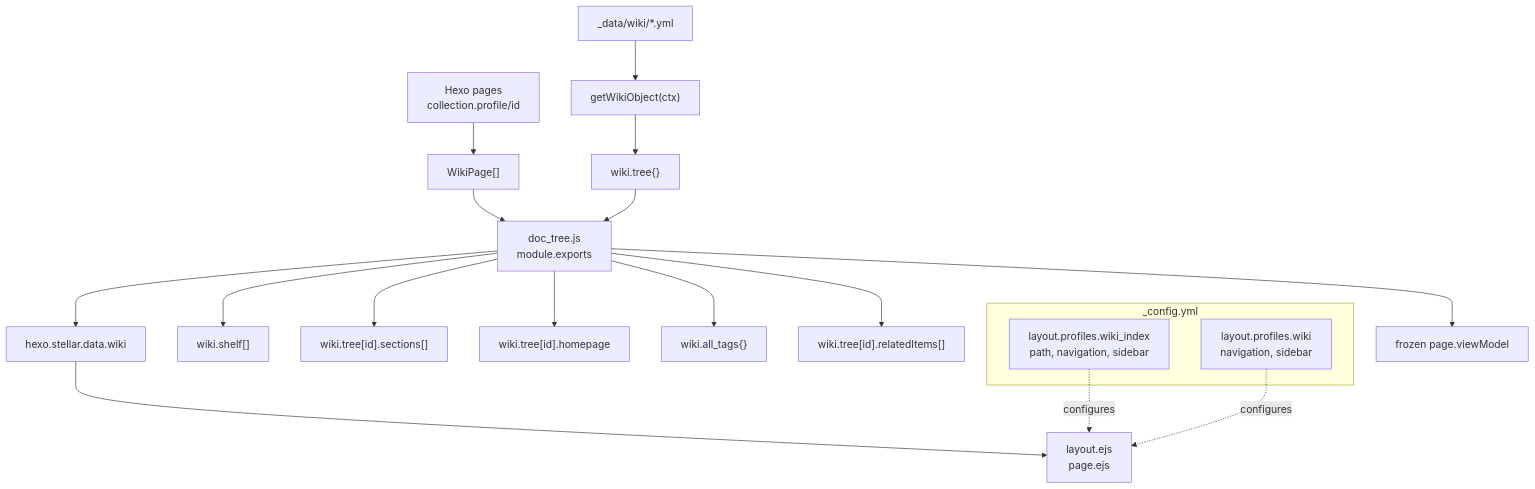
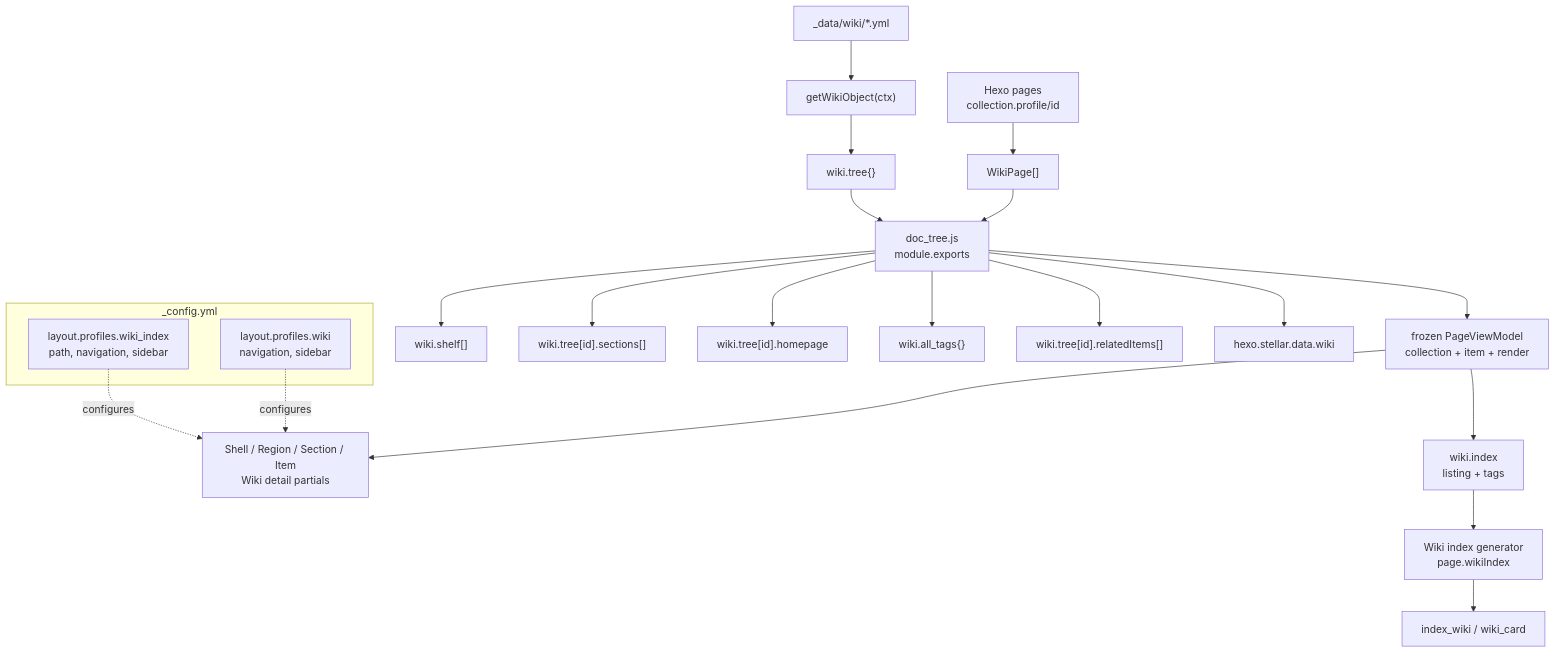
The first of 6 diagrams in docs/knowledge/03-内容系统/wiki-docs.md (xaoxuu/hexo-theme-stellar), drawn with Mermaid before and after one commit. The commit also changed other lines of this file and 42 other files, not shown here.

````diff
--- a/docs/knowledge/03-内容系统/wiki-docs.md
+++ b/docs/knowledge/03-内容系统/wiki-docs.md
@@ -53,24 +53,27 @@
 ```mermaid
 flowchart TD
     A["_data/wiki/*.yml"] --> B["getWikiObject(ctx)"]
     C["Hexo pages\ncollection.profile/id"] --> D["WikiPage[]"]
     B --> E["wiki.tree{}"]
     D --> F["doc_tree.js\nmodule.exports"]
     E --> F
     F --> G["wiki.shelf[]"]
     F --> H["wiki.tree[id].sections[]"]
     F --> I["wiki.tree[id].homepage"]
     F --> J["wiki.all_tags{}"]
     F --> K["wiki.tree[id].relatedItems[]"]
     F --> L["hexo.stellar.data.wiki"]
-    F --> V["frozen page.viewModel"]
-    L --> M["layout.ejs\npage.ejs"]
+    F --> V["frozen PageViewModel\ncollection + item + render"]
+    V --> M["Shell / Region / Section / Item\nWiki detail partials"]
+    V --> X["wiki.index\nlisting + tags"]
+    X --> Y["Wiki index generator\npage.wikiIndex"]
+    Y --> Z["index_wiki / wiki_card"]
     
     subgraph "_config.yml"
         N["layout.profiles.wiki_index\npath, navigation, sidebar"]
         O["layout.profiles.wiki\nnavigation, sidebar"]
     end
     
     N -.configures.-> M
     O -.configures.-> M
 ```
````
